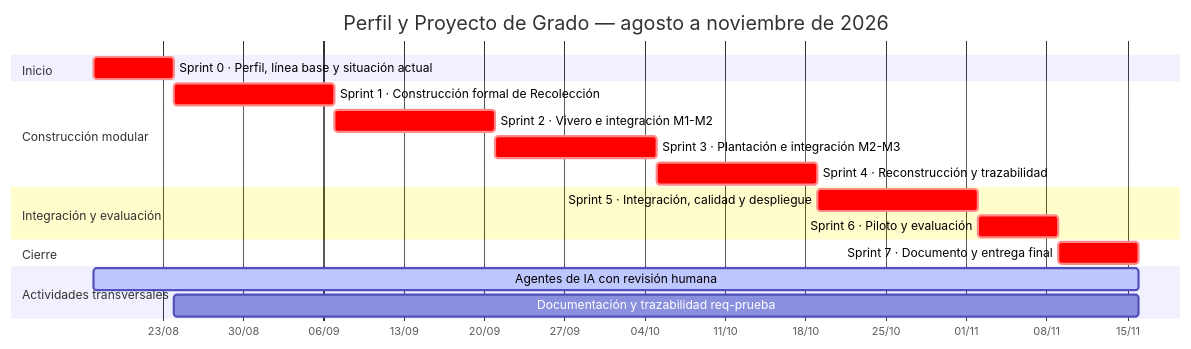
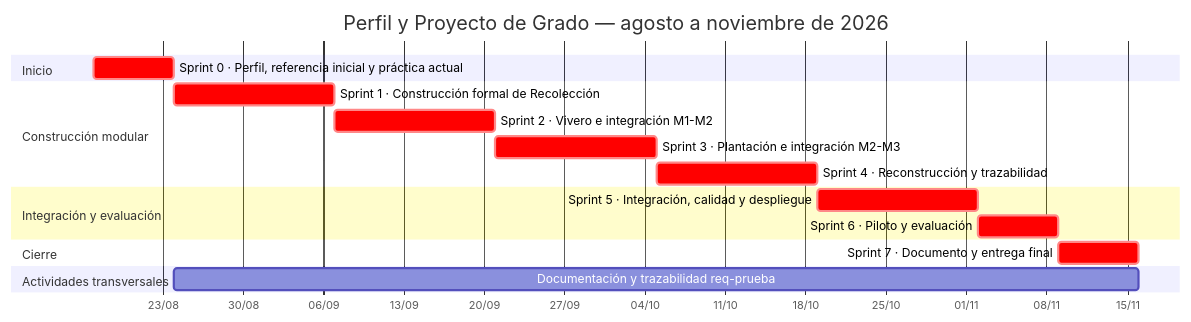
Before and after one commit to R3foresta/r3foresta-docs: the fourth of 4 diagrams in documentacion-grado/06_entregables/perfil/PERFIL_PROYECTO_GRADO.md, drawn with Mermaid. The commit also changed other lines of this file and 21 other files, not shown here.

````diff
--- a/documentacion-grado/06_entregables/perfil/PERFIL_PROYECTO_GRADO.md
+++ b/documentacion-grado/06_entregables/perfil/PERFIL_PROYECTO_GRADO.md
@@ -455,26 +436,25 @@
 ```mermaid
 gantt
     title Perfil y Proyecto de Grado — agosto a noviembre de 2026
     dateFormat YYYY-MM-DD
     axisFormat %d/%m
 
     section Inicio
-    Sprint 0 · Perfil, línea base y situación actual :crit, s0, 2026-08-17, 7d
+    Sprint 0 · Perfil, referencia inicial y práctica actual :crit, s0, 2026-08-17, 7d
 
     section Construcción modular
     Sprint 1 · Construcción formal de Recolección :crit, s1, 2026-08-24, 14d
     Sprint 2 · Vivero e integración M1-M2     :crit, s2, 2026-09-07, 14d
     Sprint 3 · Plantación e integración M2-M3 :crit, s3, 2026-09-21, 14d
     Sprint 4 · Reconstrucción y trazabilidad  :crit, s4, 2026-10-05, 14d
 
     section Integración y evaluación
     Sprint 5 · Integración, calidad y despliegue :crit, s5, 2026-10-19, 14d
     Sprint 6 · Piloto y evaluación              :crit, s6, 2026-11-02, 7d
 
     section Cierre
     Sprint 7 · Documento y entrega final      :crit, s7, 2026-11-09, 7d
 
     section Actividades transversales
-    Agentes de IA con revisión humana         :active, t1, 2026-08-17, 2026-11-16
     Documentación y trazabilidad req-prueba   :t2, 2026-08-24, 2026-11-16
 ```
````
